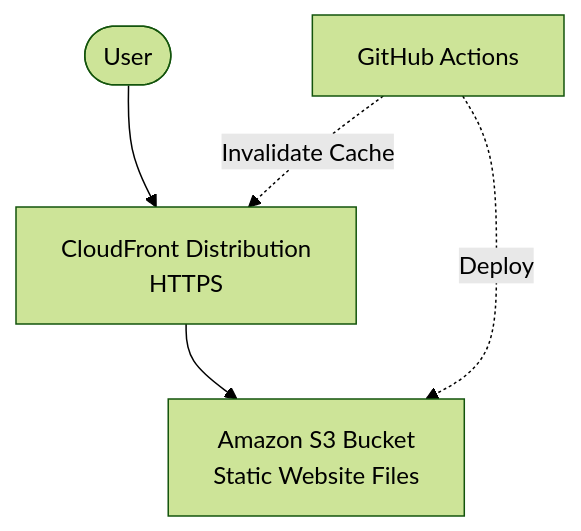
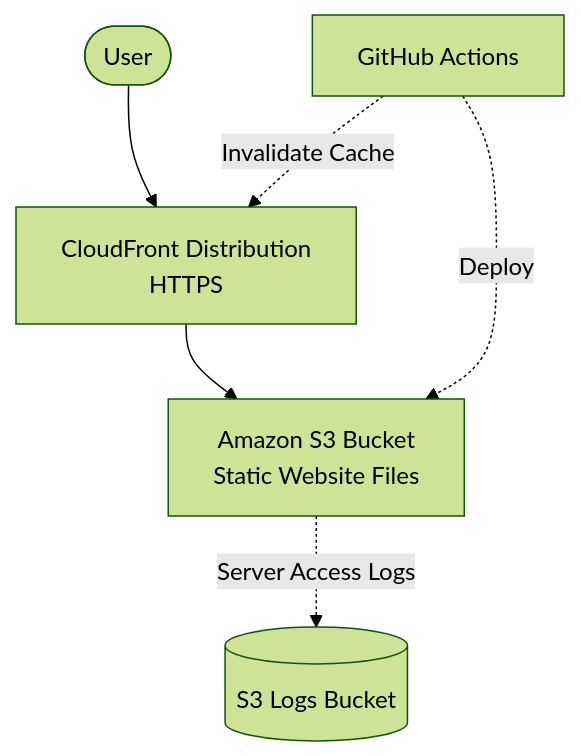
Before and after one commit to kevinjosh10/aws-static-website-platform: the diagram in README.md, drawn with Mermaid (forest theme). The commit also changed other lines of this file, not shown here.

Commit message:
docs: rewrite README to professional portfolio standards with detailed architecture and CI/CD steps

````diff
--- a/README.md
+++ b/README.md
@@ -10,8 +16,10 @@
 ```mermaid
 flowchart TD
     User([User]) --> CF[CloudFront Distribution \n HTTPS]
     CF --> S3[Amazon S3 Bucket \n Static Website Files]
     
     GH[GitHub Actions] -.-> |Deploy| S3
     GH -.-> |Invalidate Cache| CF
+    
+    S3 -.-> |Server Access Logs| LogsBucket[(S3 Logs Bucket)]
 ```
````
